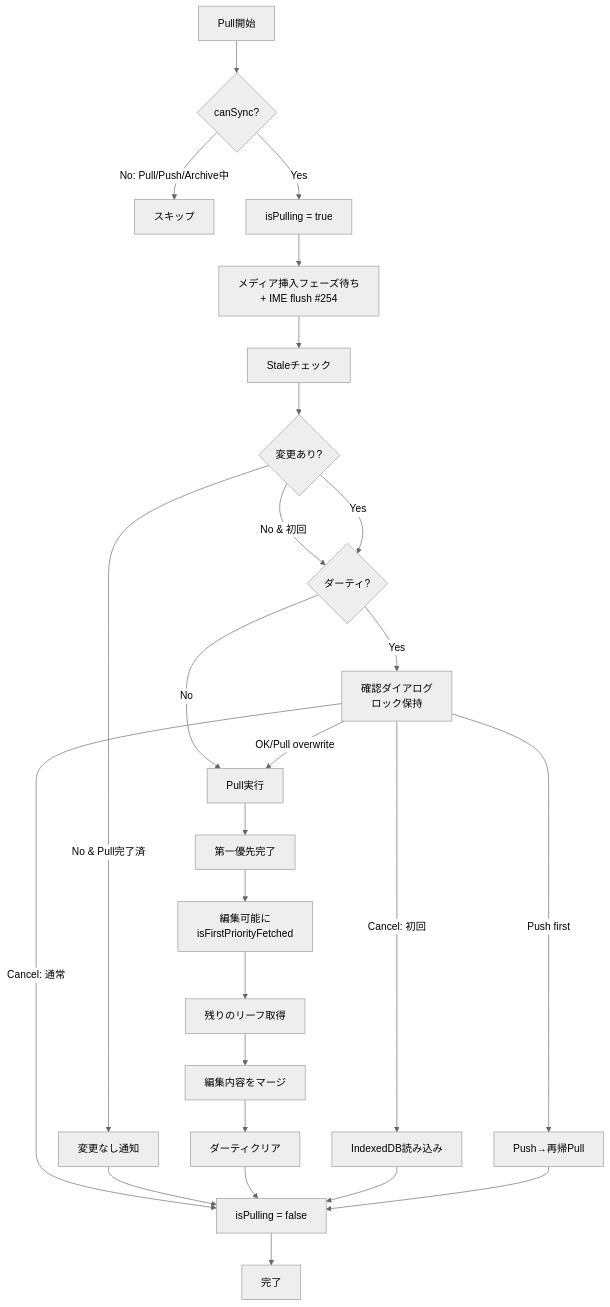
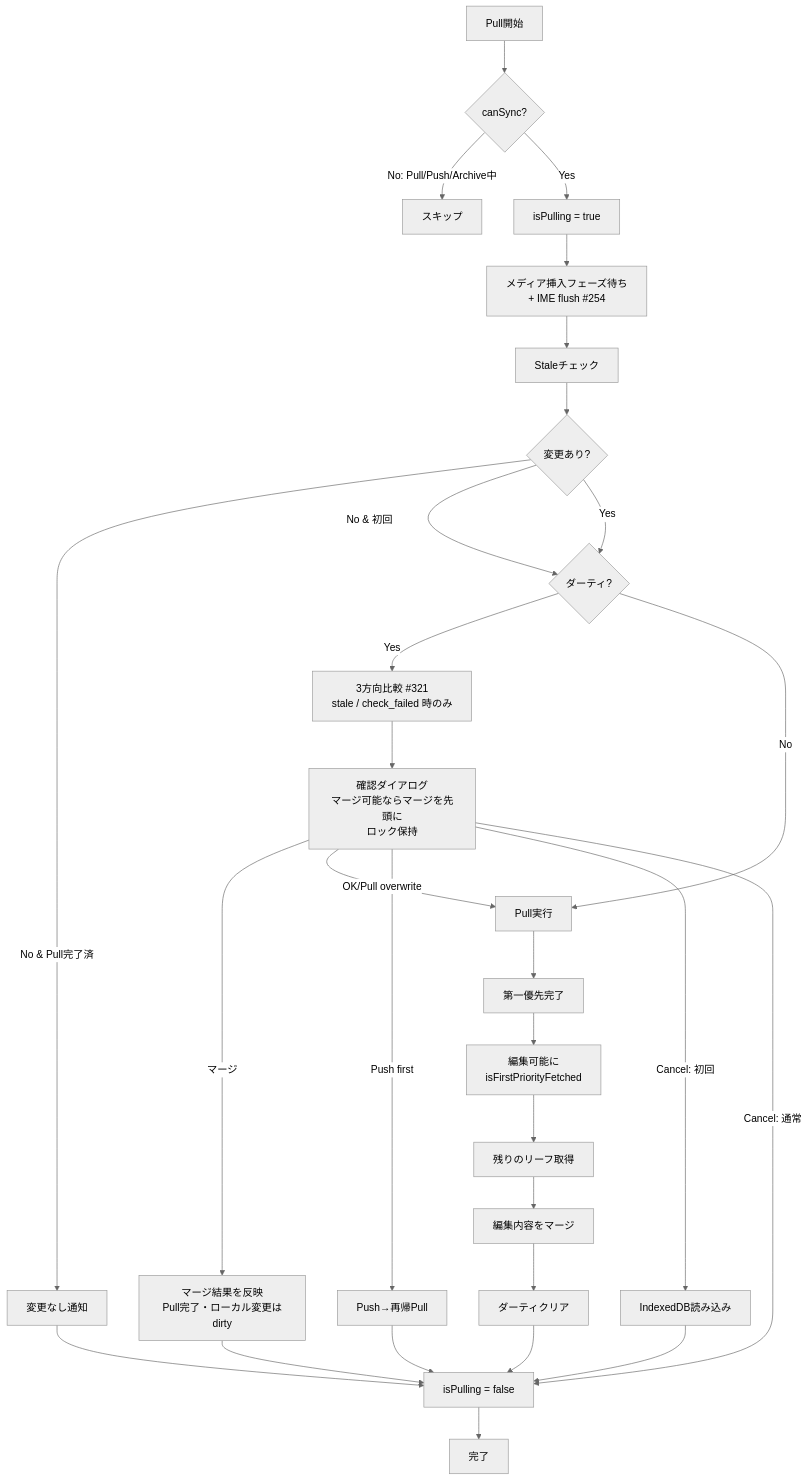
Before and after one commit to kako-jun/agasteer: the second of 6 diagrams in docs/development/sync/push-pull.md, drawn with Mermaid (neutral theme). The commit also changed other lines of this file and 42 other files, not shown here.

````diff
--- a/docs/development/sync/push-pull.md
+++ b/docs/development/sync/push-pull.md
@@ -233,28 +236,31 @@
 ```mermaid
 flowchart TD
     Start[Pull開始] --> Check1{canSync?}
     Check1 -->|No: Pull/Push/Archive中| End1[スキップ]
     Check1 -->|Yes| Lock[isPulling = true]
     Lock --> MediaWait[メディア挿入フェーズ待ち<br/>+ IME flush #254]
     MediaWait --> Stale[Staleチェック]
     Stale --> Check3{変更あり?}
     Check3 -->|No & Pull完了済| Msg[変更なし通知]
     Check3 -->|No & 初回| Check2
     Check3 -->|Yes| Check2{ダーティ?}
-    Check2 -->|Yes| Confirm[確認ダイアログ<br/>ロック保持]
+    Check2 -->|Yes| Analyze[3方向比較 #321<br/>stale / check_failed 時のみ]
+    Analyze --> Confirm[確認ダイアログ<br/>マージ可能ならマージを先頭に<br/>ロック保持]
     Check2 -->|No| Pull[Pull実行]
+    Confirm -->|マージ| MergeApply[マージ結果を反映<br/>Pull完了・ローカル変更はdirty]
+    MergeApply --> Unlock
     Confirm -->|OK/Pull overwrite| Pull
     Confirm -->|Push first| PushFirst[Push→再帰Pull]
     Confirm -->|Cancel: 初回| Cancel1[IndexedDB読み込み]
     Confirm -->|Cancel: 通常| Unlock
     Msg --> Unlock
     Pull --> Priority[第一優先完了]
     Priority --> Edit[編集可能に<br/>isFirstPriorityFetched]
     Edit --> Rest[残りのリーフ取得]
     Rest --> Merge[編集内容をマージ]
     Merge --> Clear[ダーティクリア]
     Clear --> Unlock[isPulling = false]
     Cancel1 --> Unlock
     PushFirst --> Unlock
     Unlock --> End2[完了]
 ```
````
